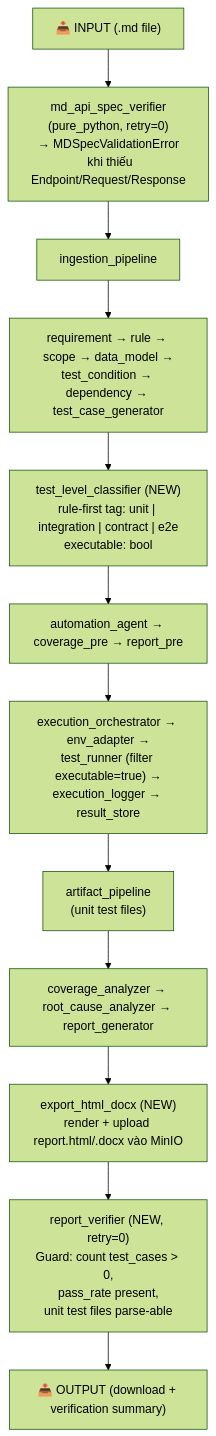
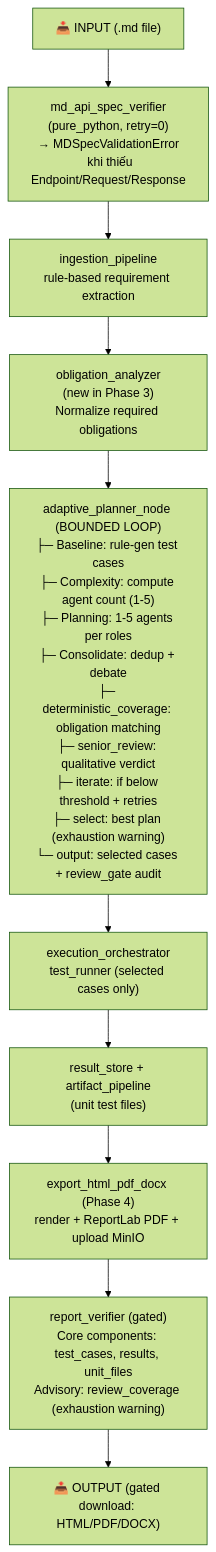
The seventh of 7 diagrams in docs/pipeline-execution.md (HenSanInDuty/agent-automation-testing), drawn with Mermaid (forest theme) before and after one commit. The commit also changed other lines of this file and 80 other files, not shown here.

Commit message:
feature: update api flow

````diff
--- a/docs/pipeline-execution.md
+++ b/docs/pipeline-execution.md
@@ -206,17 +205,15 @@
 ```mermaid
 flowchart TD
     A["📥 INPUT (.md file)"]
     B["md_api_spec_verifier\n(pure_python, retry=0)\n→ MDSpecValidationError\n  khi thiếu Endpoint/Request/Response"]
-    C["ingestion_pipeline"]
-    D["requirement → rule → scope → data_model →\ntest_condition → dependency → test_case_generator"]
-    E["test_level_classifier (NEW)\nrule-first tag: unit | integration | contract | e2e\nexecutable: bool"]
-    F["automation_agent → coverage_pre → report_pre"]
-    G["execution_orchestrator → env_adapter →\ntest_runner (filter executable=true) →\nexecution_logger → result_store"]
-    H["artifact_pipeline\n(unit test files)"]
-    I["coverage_analyzer → root_cause_analyzer → report_generator"]
-    J["export_html_docx (NEW)\nrender + upload report.html/.docx vào MinIO"]
-    K["report_verifier (NEW, retry=0)\nGuard: count test_cases > 0,\npass_rate present,\nunit test files parse-able"]
-    L["📤 OUTPUT (download + verification summary)"]
+    C["ingestion_pipeline\nrule-based requirement extraction"]
+    D["obligation_analyzer\n(new in Phase 3)\nNormalize required obligations"]
+    E["adaptive_planner_node (BOUNDED LOOP)\n├─ Baseline: rule-gen test cases\n├─ Complexity: compute agent count (1-5)\n├─ Planning: 1-5 agents per roles\n├─ Consolidate: dedup + debate\n├─ deterministic_coverage: obligation matching\n├─ senior_review: qualitative verdict\n├─ iterate: if below threshold + retries\n├─ select: best plan (exhaustion warning)\n└─ output: selected cases + review_gate audit"]
+    F["execution_orchestrator\ntest_runner (selected cases only)"]
+    G["result_store + artifact_pipeline\n(unit test files)"]
+    H["export_html_pdf_docx (Phase 4)\nrender + ReportLab PDF + upload MinIO"]
+    I["report_verifier (gated)\nCore components: test_cases, results, unit_files\nAdvisory: review_coverage (exhaustion warning)"]
+    J["📤 OUTPUT (gated download: HTML/PDF/DOCX)"]
 
-    A --> B --> C --> D --> E --> F --> G --> H --> I --> J --> K --> L
+    A --> B --> C --> D --> E --> F --> G --> H --> I --> J
 ```
````
